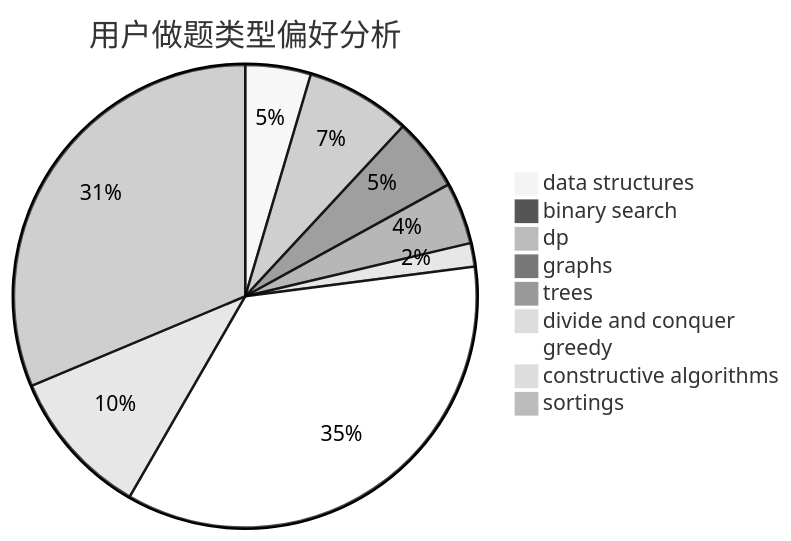
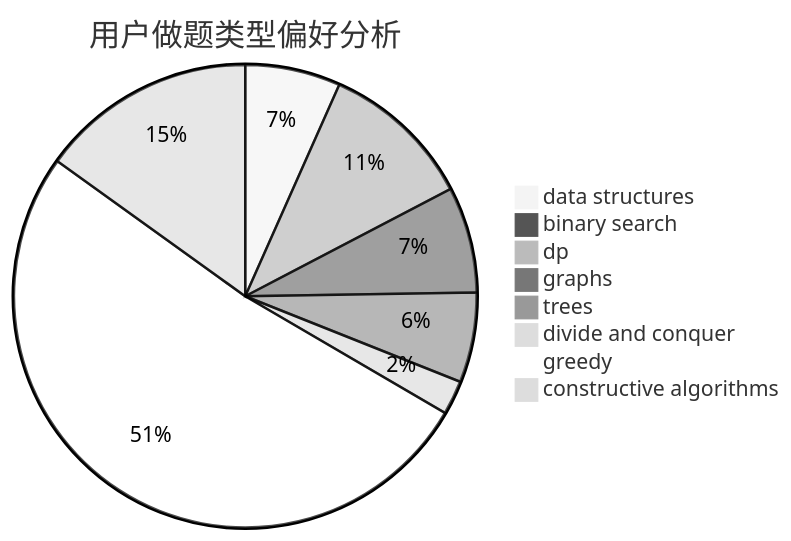
The second of 3 diagrams in docs/user/u760.md (sherpahu/cfrs.github.io), drawn with Mermaid (neutral theme) before and after one commit. The commit also changed other lines of this file and 2769 other files, not shown here.

````diff
--- a/docs/user/u760.md
+++ b/docs/user/u760.md
@@ -18,12 +18,11 @@
 ```mermaid
 pie title 用户做题类型偏好分析
     "data structures" :  53
     "binary search" :  2
     "dp" :  85
     "graphs" :  59
     "trees" :  50
     "divide and conquer" :  19
     "greedy" :  410
     "constructive algorithms" :  120
-    "sortings" :  363
 ```
````
